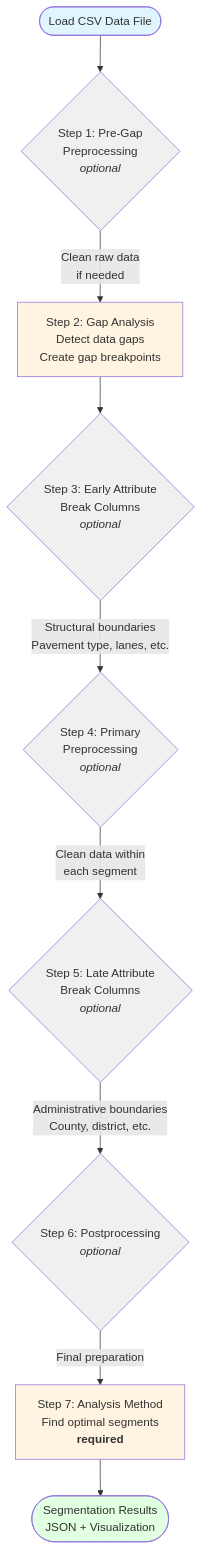
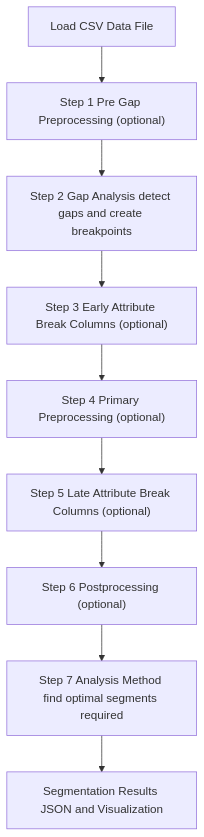
The diagram in USER_GUIDE.md (eperrone-pers/highway_segmentation_tool), drawn with Mermaid before and after one commit. The commit also changed other lines of this file and 15 other files, not shown here.

````diff
--- a/USER_GUIDE.md
+++ b/USER_GUIDE.md
@@ -146,25 +137,11 @@
 ```mermaid
 flowchart TD
-    Start([Load CSV Data File]) --> Step1{Step 1: Pre-Gap<br/>Preprocessing<br/><i>optional</i>}
-    Step1 -->|Clean raw data<br/>if needed| Step2[Step 2: Gap Analysis<br/>Detect data gaps<br/>Create gap breakpoints]
-    
-    Step2 --> Step3{Step 3: Early Attribute<br/>Break Columns<br/><i>optional</i>}
-    Step3 -->|Structural boundaries<br/>Pavement type, lanes, etc.| Step4{Step 4: Primary<br/>Preprocessing<br/><i>optional</i>}
-    
-    Step4 -->|Clean data within<br/>each segment| Step5{Step 5: Late Attribute<br/>Break Columns<br/><i>optional</i>}
-    Step5 -->|Administrative boundaries<br/>County, district, etc.| Step6{Step 6: Postprocessing<br/><i>optional</i>}
-    
-    Step6 -->|Final preparation| Step7[Step 7: Analysis Method<br/>Find optimal segments<br/><b>required</b>]
-    
-    Step7 --> Results([Segmentation Results<br/>JSON + Visualization])
-    
-    style Start fill:#e1f5ff
-    style Step2 fill:#fff4e1
-    style Step7 fill:#fff4e1
-    style Results fill:#e1ffe1
-    style Step1 fill:#f0f0f0
-    style Step3 fill:#f0f0f0
-    style Step4 fill:#f0f0f0
-    style Step5 fill:#f0f0f0
-    style Step6 fill:#f0f0f0
+  Start["Load CSV Data File"] --> Step1["Step 1 Pre Gap Preprocessing (optional)"];
+  Step1 --> Step2["Step 2 Gap Analysis detect gaps and create breakpoints"];
+  Step2 --> Step3["Step 3 Early Attribute Break Columns (optional)"];
+  Step3 --> Step4["Step 4 Primary Preprocessing (optional)"];
+  Step4 --> Step5["Step 5 Late Attribute Break Columns (optional)"];
+  Step5 --> Step6["Step 6 Postprocessing (optional)"];
+  Step6 --> Step7["Step 7 Analysis Method find optimal segments required"];
+  Step7 --> Results["Segmentation Results JSON and Visualization"];
 ```
````
